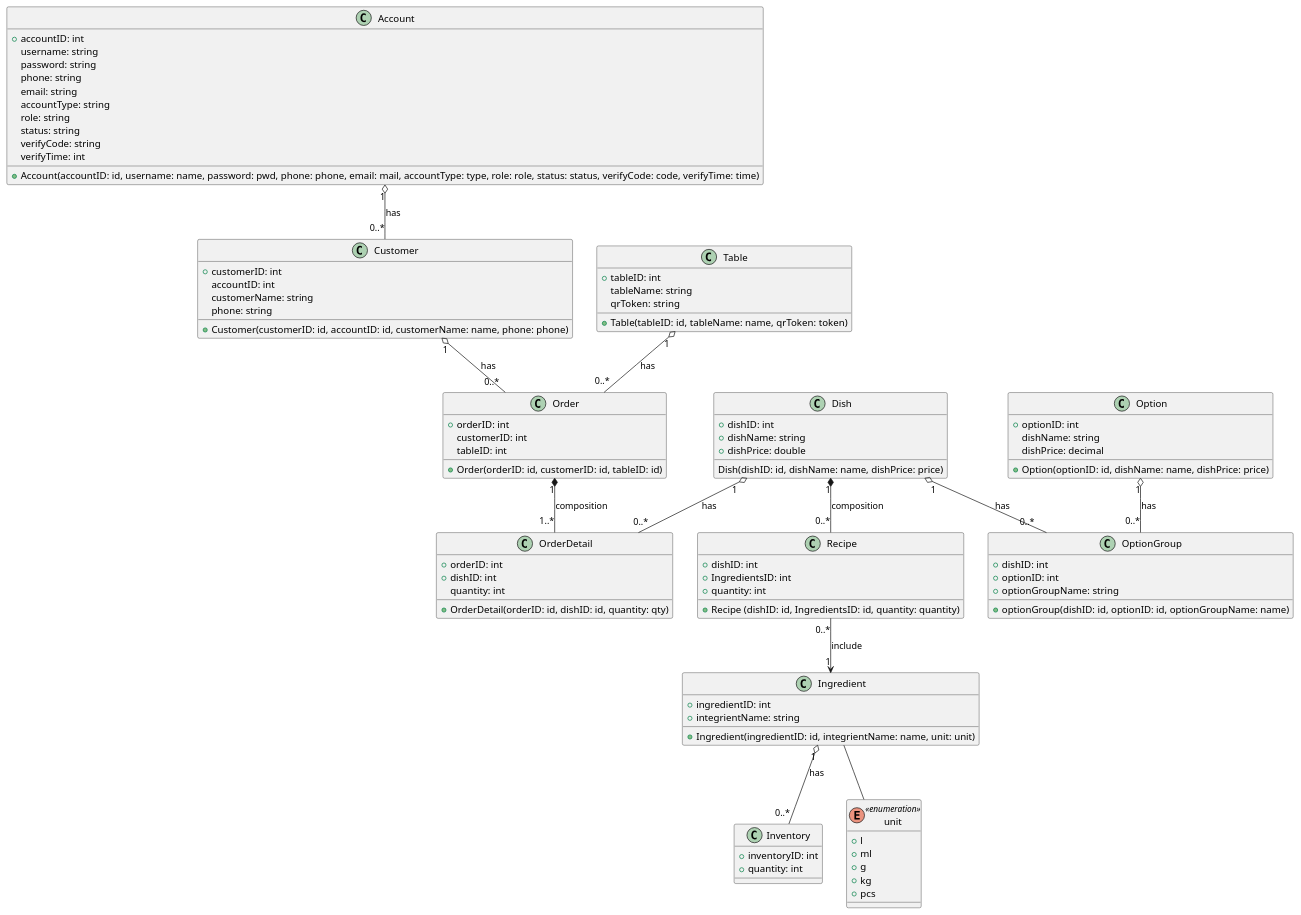
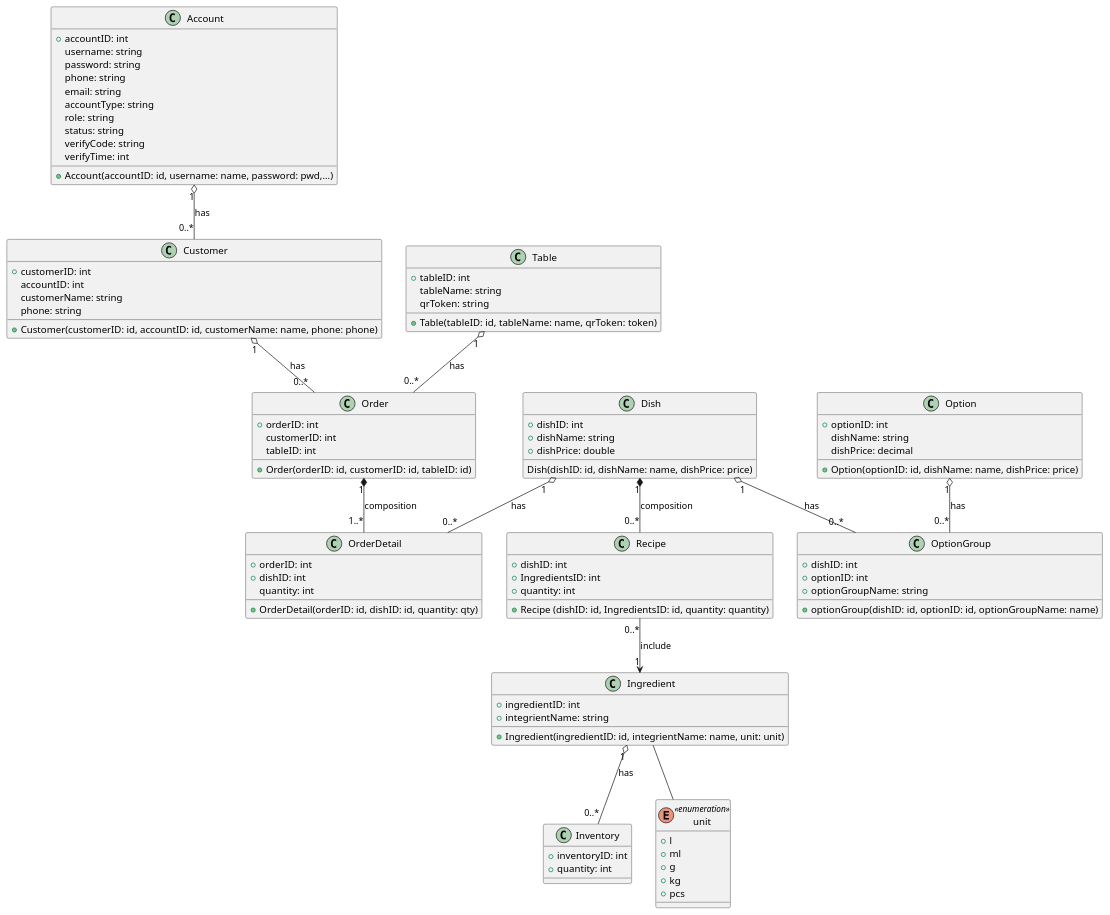
Before and after one commit to Hiennguyen278610/CNPM: the diagram in assets/diagram/task23.puml, drawn with PlantUML. The commit also changed 26 other files, not shown here.

```diff
--- a/assets/diagram/task23.puml
+++ b/assets/diagram/task23.puml
@@ -1,108 +1,108 @@
 @startuml
 
 class Account {
     + accountID: int
     username: string
     password: string
     phone: string
     email: string
     accountType: string
     role: string
     status: string
     verifyCode: string
     verifyTime: int
-    + Account(accountID: id, username: name, password: pwd, phone: phone, email: mail, accountType: type, role: role, status: status, verifyCode: code, verifyTime: time)
+    + Account(accountID: id, username: name, password: pwd,...)
 }
 
 class Customer {
     + customerID: int
     accountID: int
     customerName: string
     phone: string
     + Customer(customerID: id, accountID: id, customerName: name, phone: phone)
 }
 
 class Table {
     + tableID: int
     tableName: string
     qrToken: string
     + Table(tableID: id, tableName: name, qrToken: token)
 }
 
 class Order {
     + orderID: int
     customerID: int
     tableID: int
     + Order(orderID: id, customerID: id, tableID: id)
 }
 
 class OrderDetail {
     + orderID: int
     + dishID: int
     quantity: int
     + OrderDetail(orderID: id, dishID: id, quantity: qty)
 }
 
 class Option {
     + optionID: int
     dishName: string
     dishPrice: decimal
     + Option(optionID: id, dishName: name, dishPrice: price)
 }
 
 class OptionGroup {
     + dishID: int
     + optionID: int
     + optionGroupName: string
     + optionGroup(dishID: id, optionID: id, optionGroupName: name)
 }
 
 class Dish {
     + dishID: int
     + dishName: string
     + dishPrice: double
     Dish(dishID: id, dishName: name, dishPrice: price)
 }
 
 class Recipe {
     + dishID: int
     + IngredientsID: int
     + quantity: int
     + Recipe (dishID: id, IngredientsID: id, quantity: quantity)
 }
 
 class Ingredient {
     + ingredientID: int
     + integrientName: string
     + Ingredient(ingredientID: id, integrientName: name, unit: unit)
 }
 
 class Inventory {
     + inventoryID: int
     + quantity: int
 }
 
 enum unit <<enumeration>> {
     + l
     + ml
     + g
     + kg
     + pcs
 }
 
 Account   "1" o-- "0..*" Customer     : has
 Customer  "1" o-- "0..*" Order        : has
 Table     "1" o-- "0..*" Order        : has
 
 Order     "1" *-- "1..*" OrderDetail  : composition
 
 Option    "1" o-- "0..*" OptionGroup  : has
 Dish      "1" o-- "0..*" OptionGroup  : has
 Dish       "1" o-- "0..*" OrderDetail  : has
 
 Dish      "1" *-- "0..*" Recipe       : composition
 Recipe    "0..*" --> "1" Ingredient   : include
 
 Ingredient "1" o-- "0..*" Inventory   : has
 Ingredient -- unit
 @enduml
```
